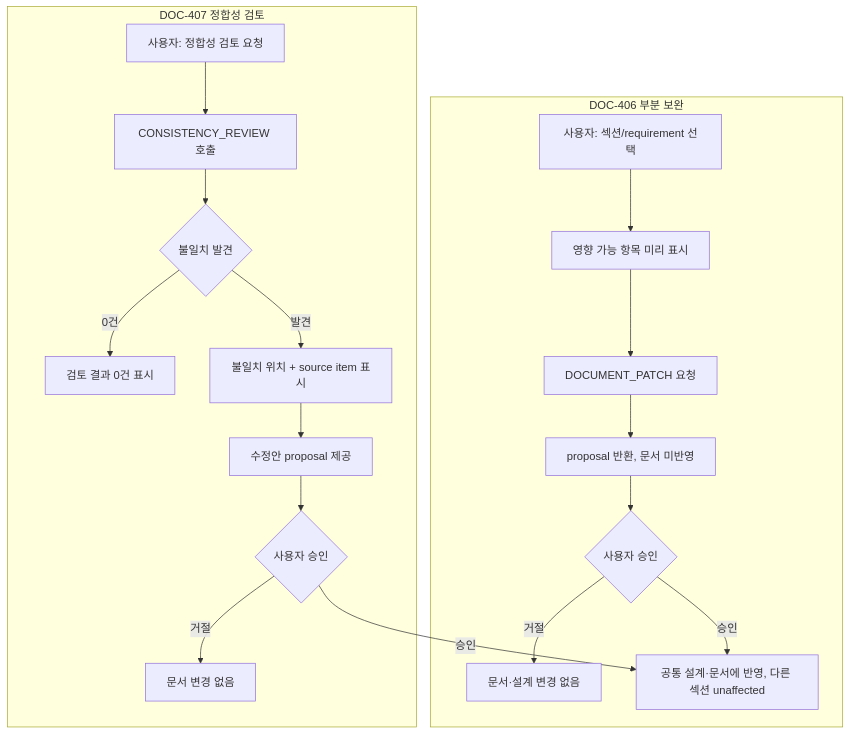
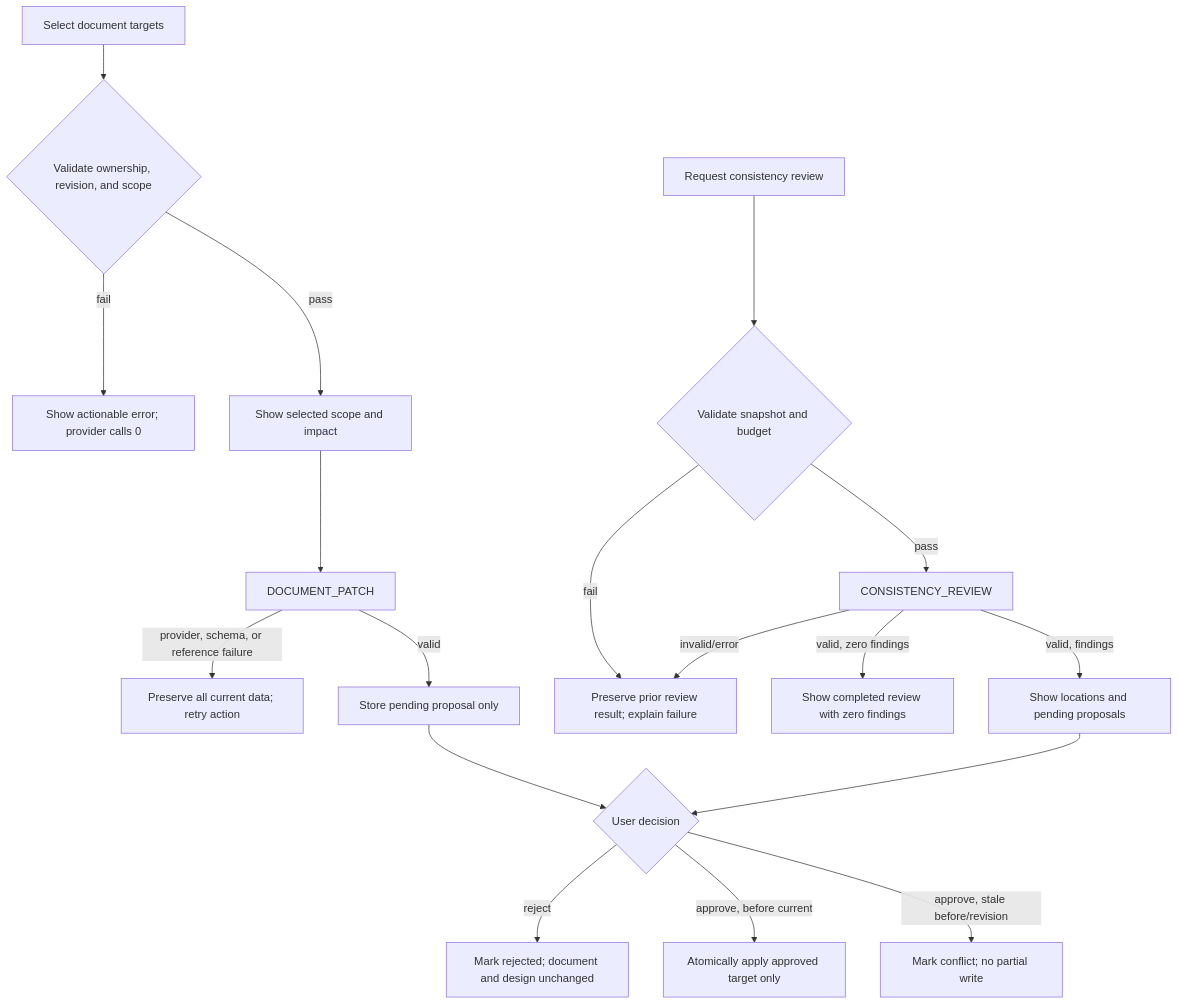
One commit to donghyunlee-dev/ai-agent-blueprint changed the diagram in docs/tasks/DOC-PR-03/plan.md. Above: the diagram before and after it, drawn with Mermaid. The commit also changed other lines of this file and 31 other files, not shown here.

First line of the commit message:
Add document refinement and consistency review (#22)

````diff
--- a/docs/tasks/DOC-PR-03/plan.md
+++ b/docs/tasks/DOC-PR-03/plan.md
@@ -53,22 +51,20 @@
 ```mermaid
 flowchart TD
-    subgraph 부분보완["DOC-406 부분 보완"]
-        A1[사용자: 섹션/requirement 선택] --> A2[영향 가능 항목 미리 표시]
-        A2 --> A3[DOCUMENT_PATCH 요청]
-        A3 --> A4[proposal 반환, 문서 미반영]
-        A4 --> A5{사용자 승인}
-        A5 -- 거절 --> A6[문서·설계 변경 없음]
-        A5 -- 승인 --> A7[공통 설계·문서에 반영, 다른 섹션 unaffected]
-    end
-
-    subgraph 정합성["DOC-407 정합성 검토"]
-        B1[사용자: 정합성 검토 요청] --> B2[CONSISTENCY_REVIEW 호출]
-        B2 --> B3{불일치 발견}
-        B3 -- 0건 --> B4["검토 결과 0건" 표시]
-        B3 -- 발견 --> B5[불일치 위치 + source item 표시]
-        B5 --> B6[수정안 proposal 제공]
-        B6 --> B7{사용자 승인}
-        B7 -- 거절 --> B4b[문서 변경 없음]
-        B7 -- 승인 --> A7
-    end
+  A[Select document targets] --> B{Validate ownership, revision, and scope}
+  B -- fail --> C[Show actionable error; provider calls 0]
+  B -- pass --> D[Show selected scope and impact]
+  D --> E[DOCUMENT_PATCH]
+  E -- provider, schema, or reference failure --> F[Preserve all current data; retry action]
+  E -- valid --> G[Store pending proposal only]
+  G --> H{User decision}
+  H -- reject --> I[Mark rejected; document and design unchanged]
+  H -- approve, before current --> J[Atomically apply approved target only]
+  H -- approve, stale before/revision --> K[Mark conflict; no partial write]
+  L[Request consistency review] --> M{Validate snapshot and budget}
+  M -- fail --> N[Preserve prior review result; explain failure]
+  M -- pass --> O[CONSISTENCY_REVIEW]
+  O -- invalid/error --> N
+  O -- valid, zero findings --> P[Show completed review with zero findings]
+  O -- valid, findings --> Q[Show locations and pending proposals]
+  Q --> H
 ```
````
